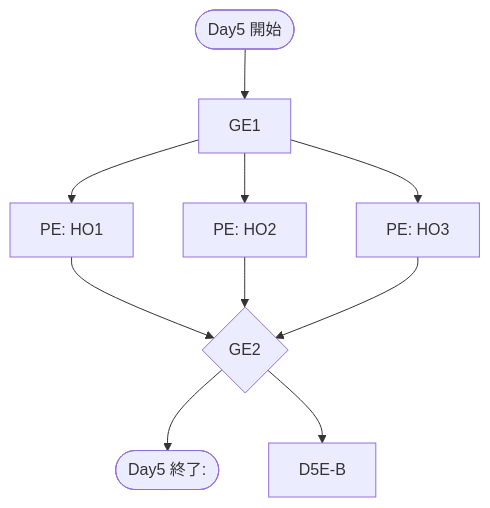
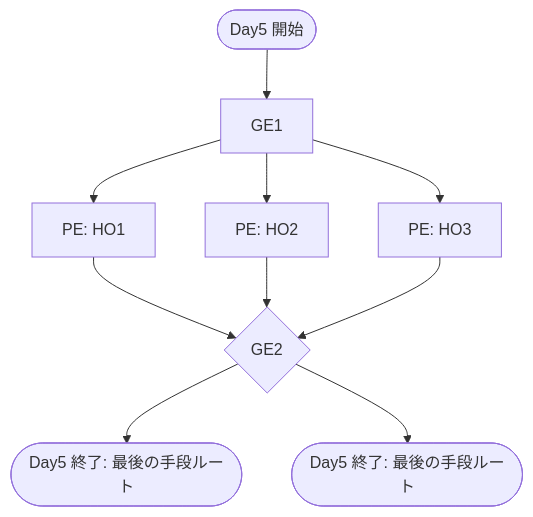
The fifth of 5 diagrams in specs/routing.md (KarasuTatehi/last-resort-disturbance), drawn with Mermaid before and after one commit. The commit also changed other lines of this file, not shown here.

Commit message:
specs/routing.md updated from https://stackedit.io/

````diff
--- a/specs/routing.md
+++ b/specs/routing.md
@@ -135,16 +135,17 @@
 ```mermaid
 flowchart TD
 D5S([Day5 開始])
 D5-GE1["GE1"]
 D5-PE-HO1["PE: HO1"]
 D5-PE-HO2["PE: HO2"]
 D5-PE-HO3["PE: HO3"]
 D5-GE2{"GE2"}
-D5E-A([Day5 終了: ])
+D5E-A([Day5 終了: 最後の手段ルート])
+D5E-B([Day5 終了: 最後の手段ルート])
 
 D5S -->
 D5-GE1 -->
 D5-PE-HO1 & D5-PE-HO2 & D5-PE-HO3 -->
 D5-GE2 -->
 D5E-A & D5E-B
 ```
````
